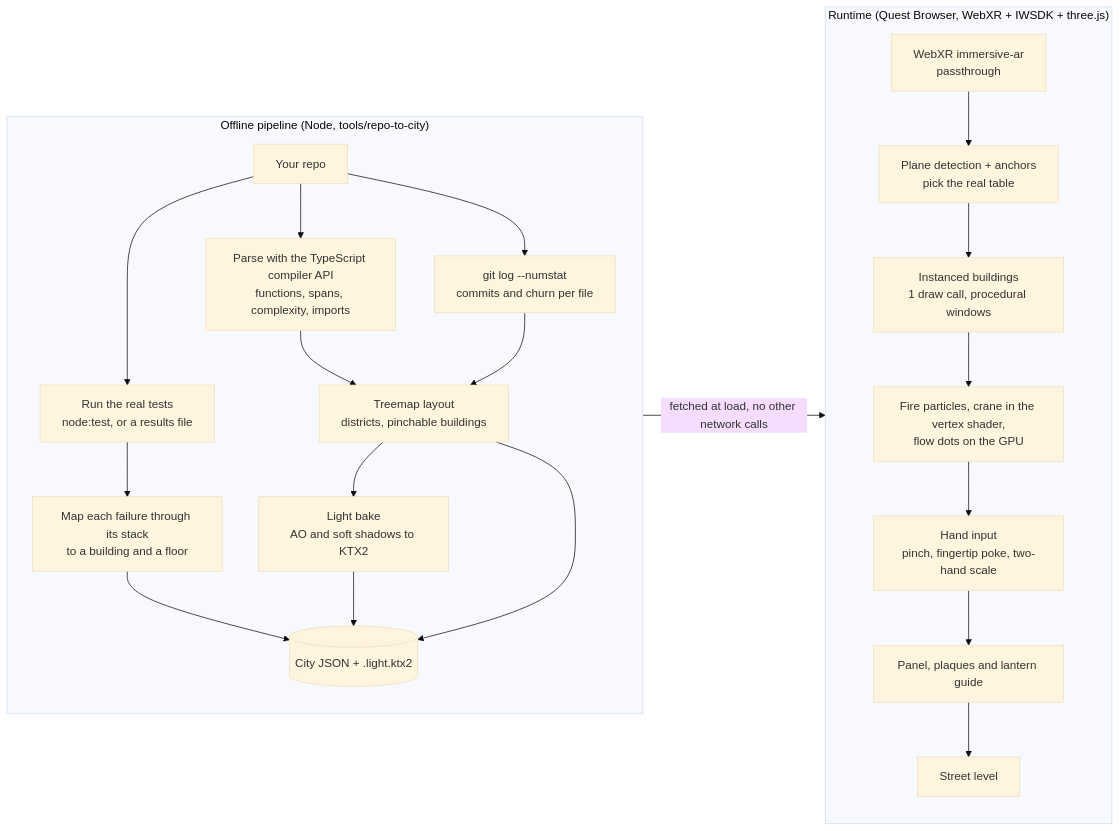
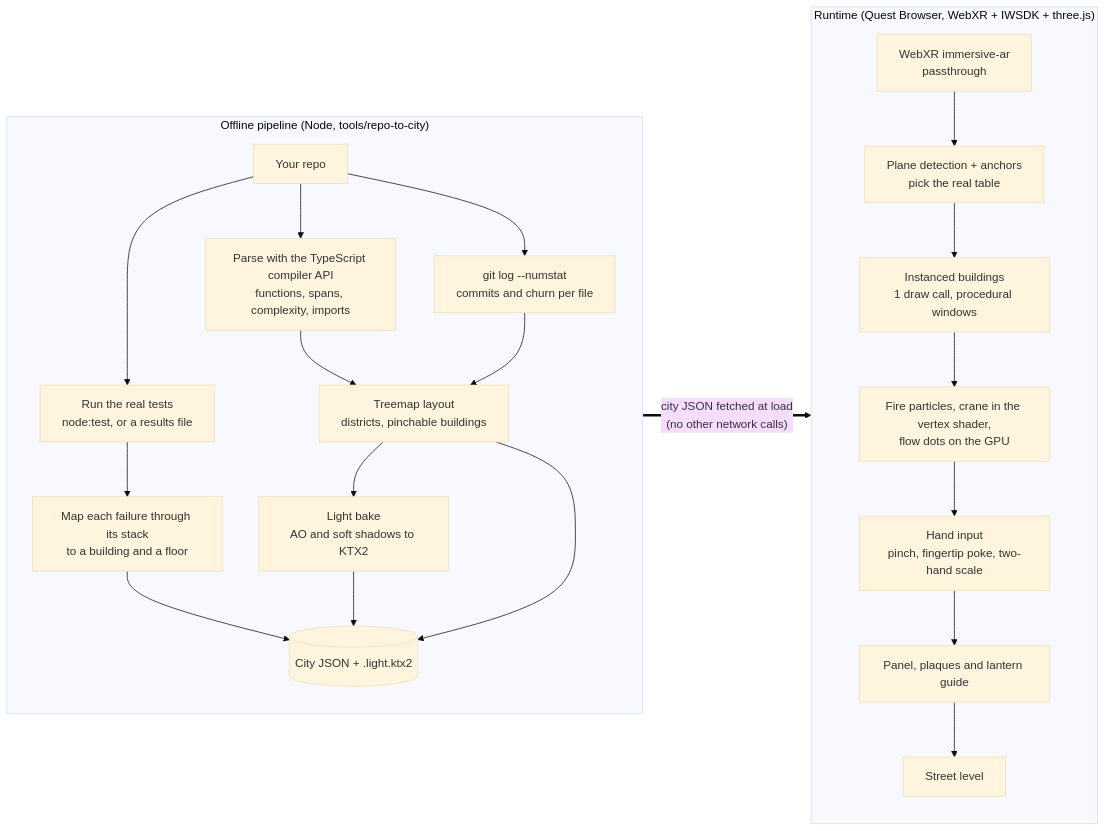
One commit to saurabh4269/repo-city changed the diagram in README.md. Above: the diagram before and after it, drawn with Mermaid (base theme). The commit also changed 1 other file, not shown here.

Commit message:
README: keep each half of the architecture diagram vertical; CI actions v5 (Node 24)

````diff
--- a/README.md
+++ b/README.md
@@ -91,26 +91,26 @@
 ```mermaid
 flowchart LR
   subgraph offline["Offline pipeline (Node, tools/repo-to-city)"]
     direction TB
     R[Your repo] --> P["Parse with the TypeScript compiler API<br/>functions, spans, complexity, imports"]
     R --> G["git log --numstat<br/>commits and churn per file"]
     P --> L["Treemap layout<br/>districts, pinchable buildings"]
     G --> L
     R --> T["Run the real tests<br/>node:test, or a results file"]
     T --> M["Map each failure through its stack<br/>to a building and a floor"]
     L --> B["Light bake<br/>AO and soft shadows to KTX2"]
     M --> J[(City JSON + .light.ktx2)]
     B --> J
     L --> J
   end
   subgraph runtime["Runtime (Quest Browser, WebXR + IWSDK + three.js)"]
     direction TB
     X["WebXR immersive-ar<br/>passthrough"] --> A["Plane detection + anchors<br/>pick the real table"]
     A --> C["Instanced buildings<br/>1 draw call, procedural windows"]
     C --> F["Fire particles, crane in the vertex shader,<br/>flow dots on the GPU"]
     F --> H["Hand input<br/>pinch, fingertip poke, two-hand scale"]
     H --> U["Panel, plaques and lantern guide"]
     U --> S["Street level"]
   end
-  J -->|"fetched at load, no other network calls"| C
+  offline ==>|"city JSON fetched at load<br/>(no other network calls)"| runtime
 ```
````
